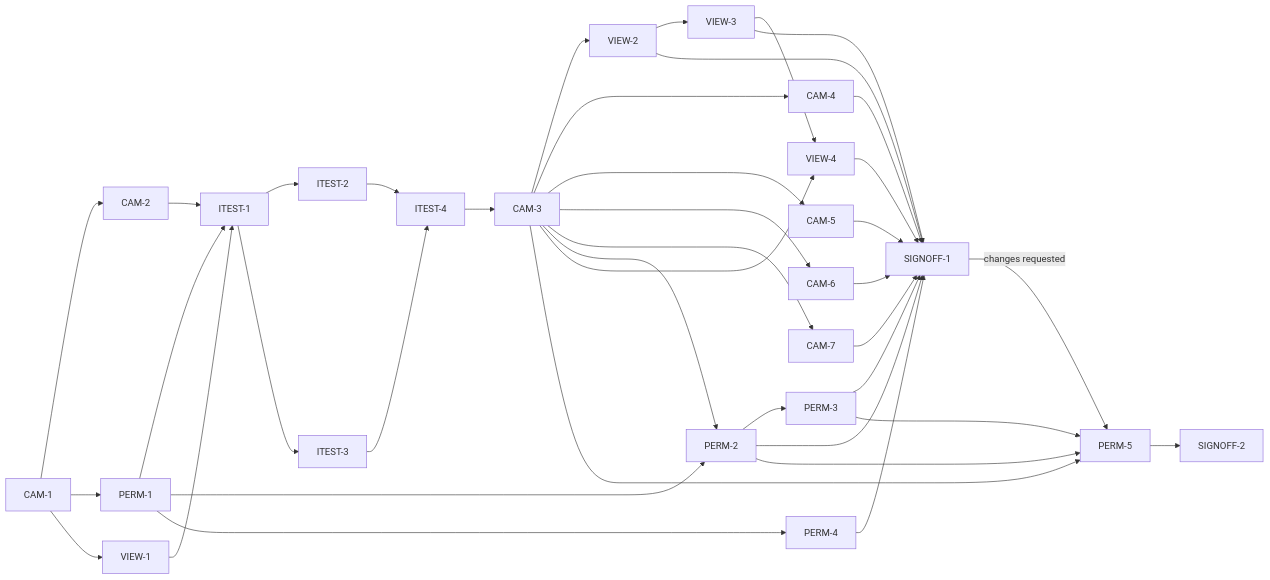
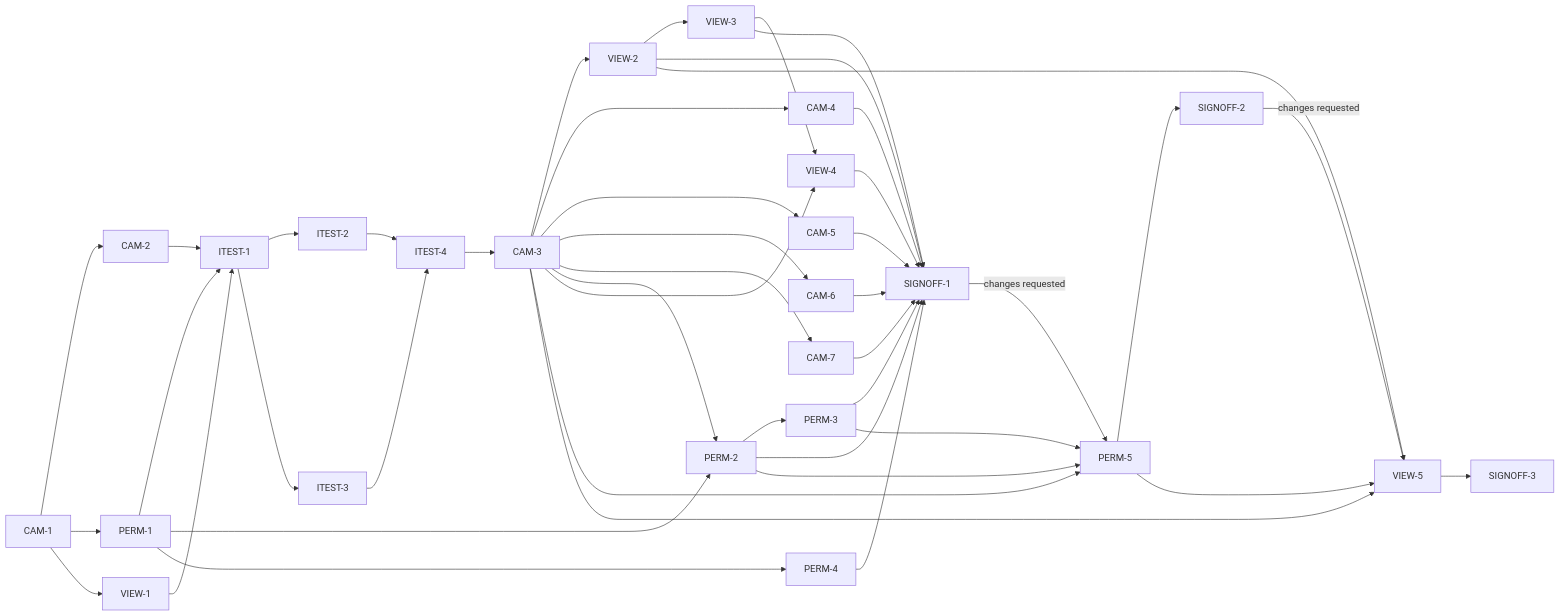
One commit to meatsquirk/Nuance changed the diagram in specs/bs-19-live-camera-capture/MASTER_PLAN_FOR_FEATURE.md. Above: the diagram before and after it, drawn with Mermaid. The commit also changed other lines of this file and 2 other files, not shown here.

First line of the commit message:
bs-19-live-camera-capture SIGNOFF-DECISION SIGNOFF-2: changes requested — native CameraPreview render

````diff
--- a/specs/bs-19-live-camera-capture/MASTER_PLAN_FOR_FEATURE.md
+++ b/specs/bs-19-live-camera-capture/MASTER_PLAN_FOR_FEATURE.md
@@ -108,16 +109,18 @@
 ```mermaid
 graph LR
   CAM-1 --> CAM-2 & PERM-1 & VIEW-1
   CAM-2 & PERM-1 & VIEW-1 --> ITEST-1 --> ITEST-2 & ITEST-3
   ITEST-2 & ITEST-3 --> ITEST-4
   ITEST-4 --> CAM-3
   CAM-3 --> VIEW-2 & CAM-4 & CAM-5 & CAM-6 & CAM-7
   VIEW-2 --> VIEW-3
   PERM-1 --> PERM-2
   CAM-3 --> PERM-2 --> PERM-3
   PERM-1 --> PERM-4
   VIEW-3 & CAM-3 --> VIEW-4
   VIEW-2 & VIEW-3 & CAM-4 & CAM-5 & CAM-6 & CAM-7 & PERM-2 & PERM-3 & PERM-4 & VIEW-4 --> SIGNOFF-1
   SIGNOFF-1 -->|changes requested| PERM-5
   CAM-3 & PERM-2 & PERM-3 --> PERM-5 --> SIGNOFF-2
+  SIGNOFF-2 -->|changes requested| VIEW-5
+  VIEW-2 & CAM-3 & PERM-5 --> VIEW-5 --> SIGNOFF-3
 ```
````
